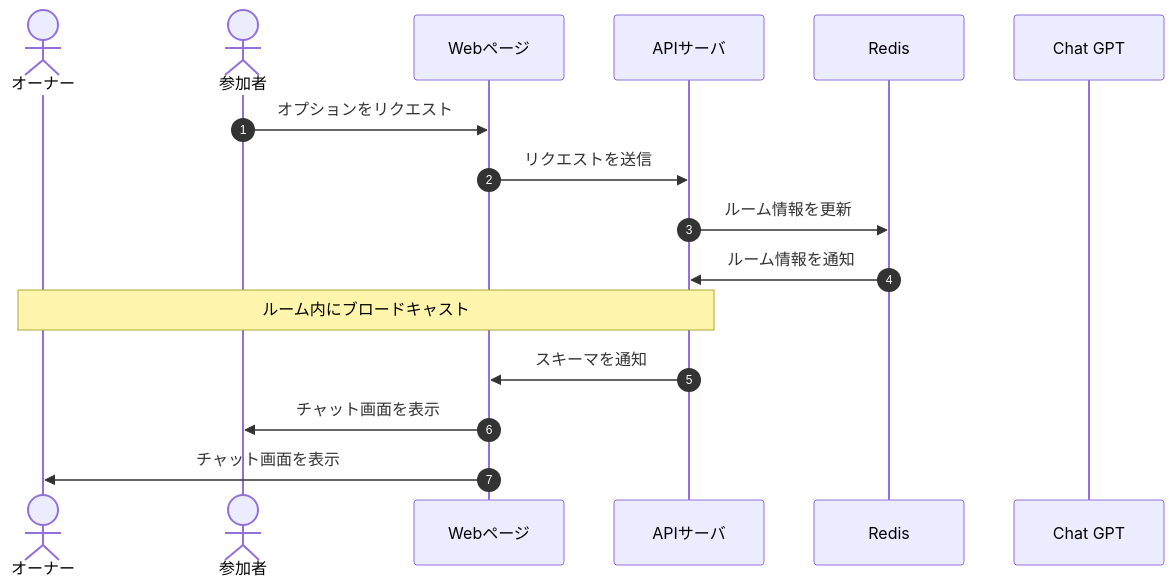
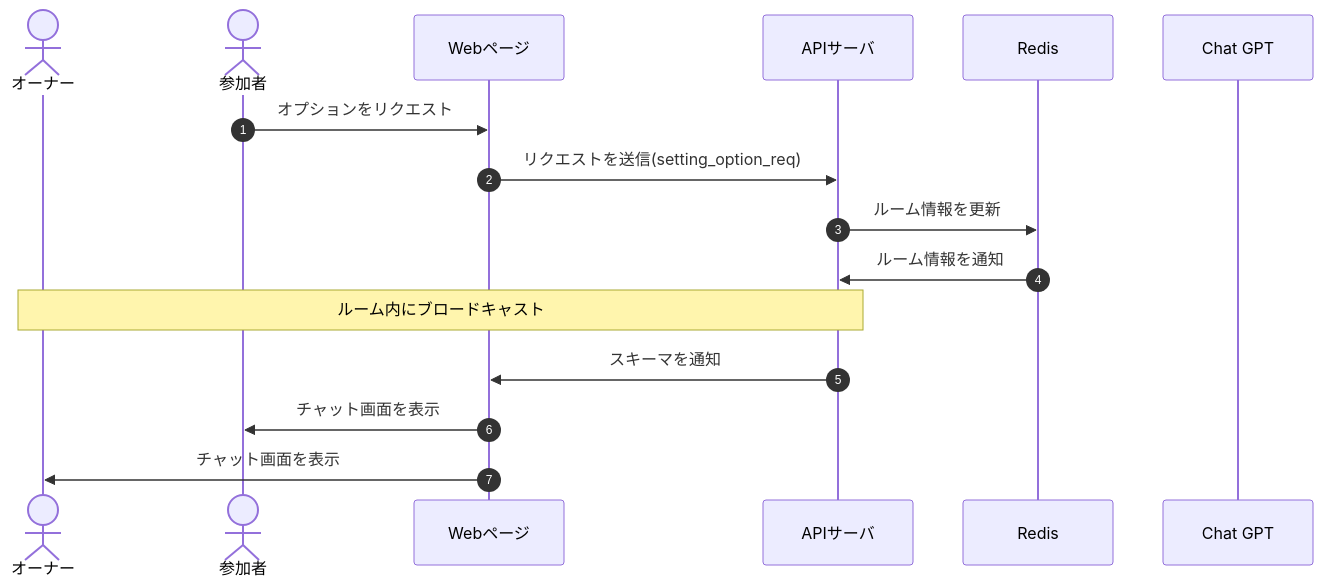
The diagram in docs/DesignDog/05_オプション選択.md (Tanakaryuki/chat_wolf), drawn with Mermaid before and after one commit. The commit also changed other lines of this file and 29 other files, not shown here.

Commit message:
docs: 📄 fix Design Doc schema

````diff
--- a/docs/DesignDog/05_オプション選択.md
+++ b/docs/DesignDog/05_オプション選択.md
@@ -11,19 +11,19 @@
 ```mermaid
 sequenceDiagram
     autonumber
     actor owner as オーナー
     actor participants as 参加者
     participant front as Webページ
     participant api as APIサーバ
     participant db as Redis
     participant ai as Chat GPT
 
     participants->>front: オプションをリクエスト
-    front->>api: リクエストを送信
+    front->>api: リクエストを送信(setting_option_req)
     api->>db: ルーム情報を更新
     db->>api: ルーム情報を通知
     Note over owner,api: ルーム内にブロードキャスト
     api->>front: スキーマを通知
     front->>participants: チャット画面を表示
     front->>owner: チャット画面を表示
 ```
````
